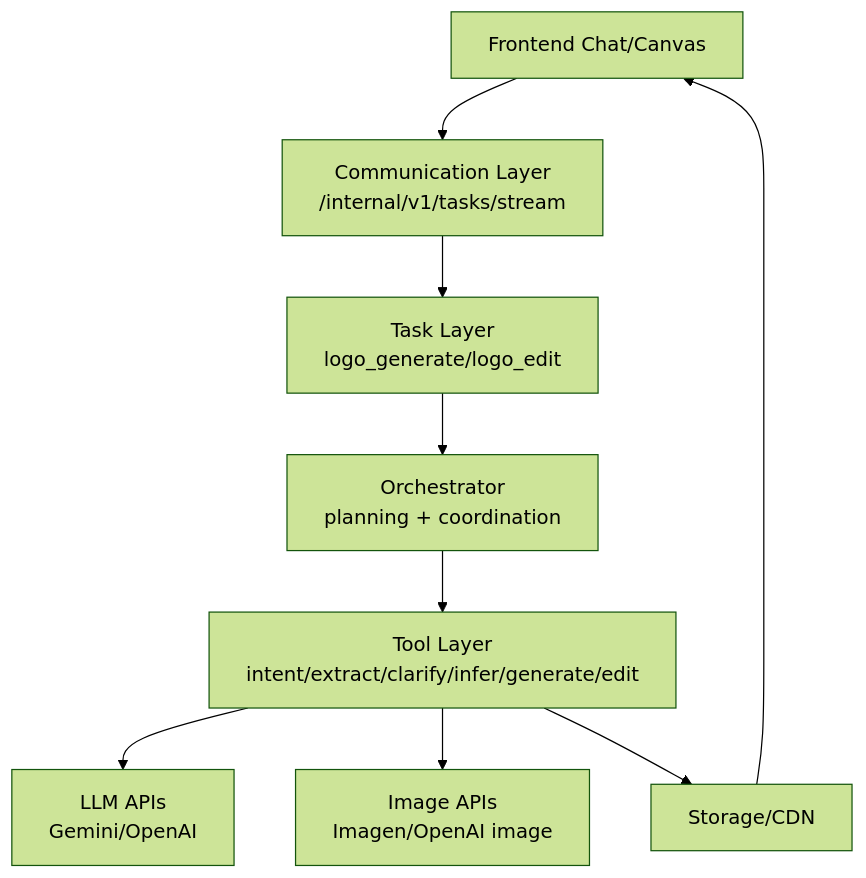
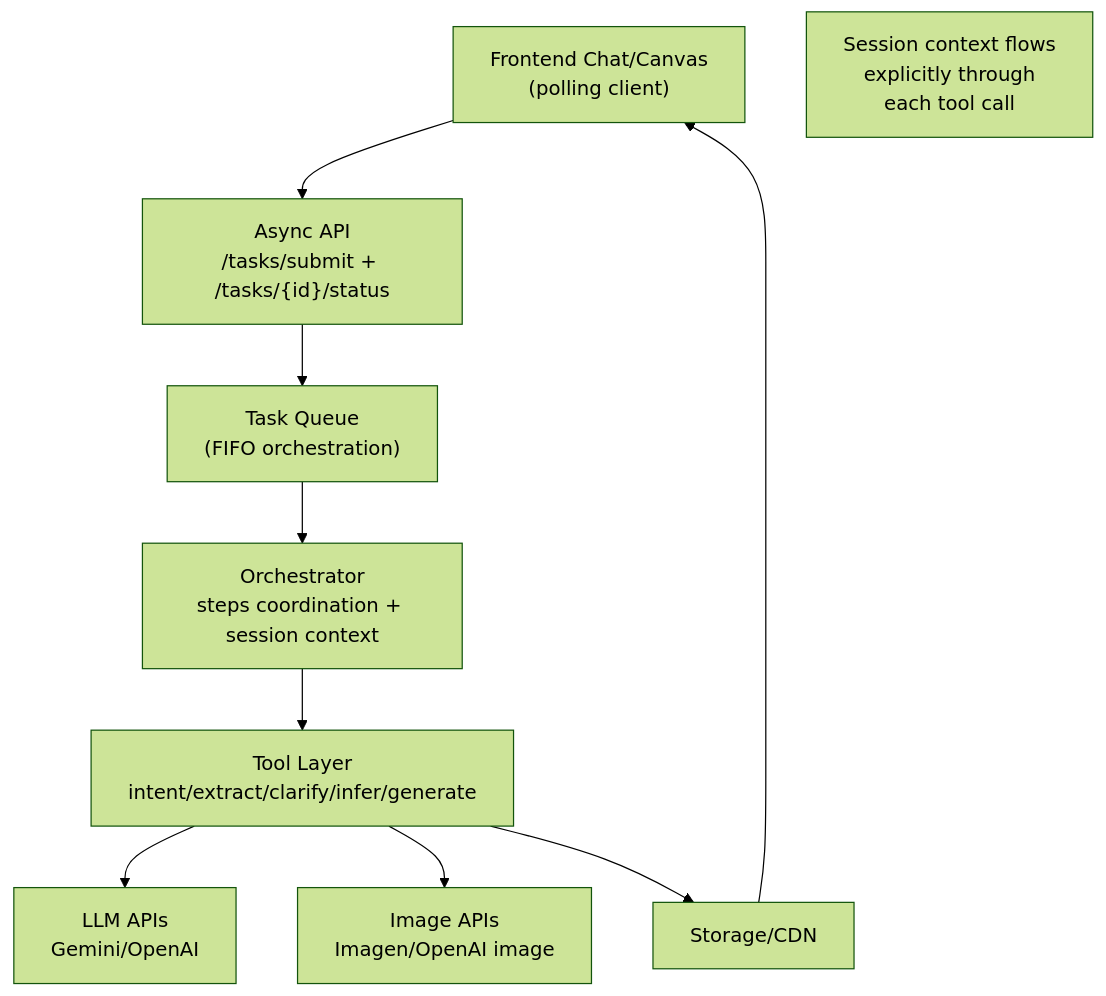
The second of 3 diagrams in tech.md (Ne4nf/Agent-Memory), drawn with Mermaid (forest theme) before and after one commit. The commit also changed other lines of this file, not shown here.

First line of the commit message:
Revise POC document for logo design service

````diff
--- a/tech.md
+++ b/tech.md
@@ -96,20 +113,22 @@
 ```mermaid
 graph TB
-    FE["Frontend Chat/Canvas"]
-    API["Communication Layer\n/internal/v1/tasks/stream"]
-    TASK["Task Layer\nlogo_generate/logo_edit"]
-    ORCH["Orchestrator\nplanning + coordination"]
-    TOOLS["Tool Layer\nintent/extract/clarify/infer/generate/edit"]
+    FE["Frontend Chat/Canvas\n(polling client)"]
+    API["Async API\n/tasks/submit + /tasks/{id}/status"]
+    QUEUE["Task Queue\n(FIFO orchestration)"]
+    ORCH["Orchestrator\nsteps coordination + session context"]
+    TOOLS["Tool Layer\nintent/extract/clarify/infer/generate"]
     LLM["LLM APIs\nGemini/OpenAI"]
     IMG["Image APIs\nImagen/OpenAI image"]
     STO["Storage/CDN"]
 
     FE --> API
-    API --> TASK
-    TASK --> ORCH
+    API --> QUEUE
+    QUEUE --> ORCH
     ORCH --> TOOLS
     TOOLS --> LLM
     TOOLS --> IMG
     TOOLS --> STO
     STO --> FE
+    
+    Note1["Session context flows<br/>explicitly through<br/>each tool call"]
 ```
````
